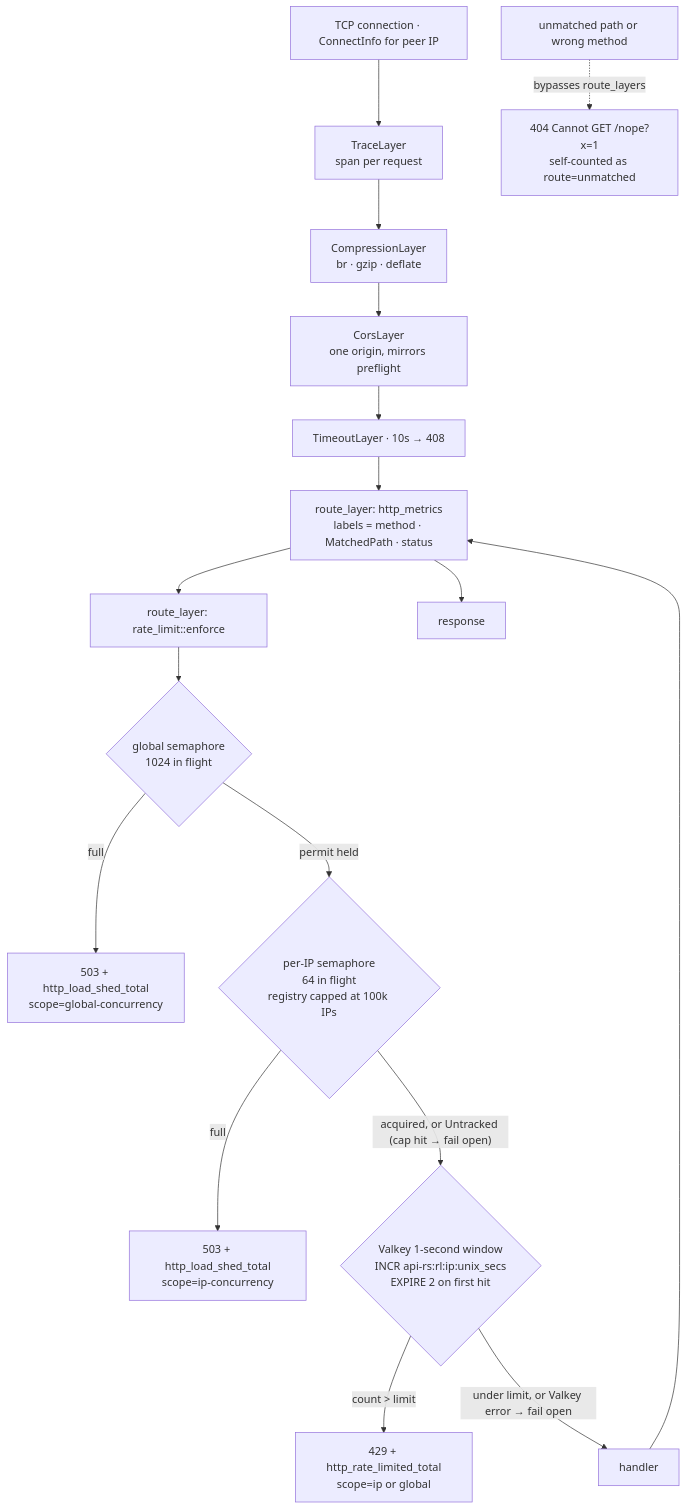
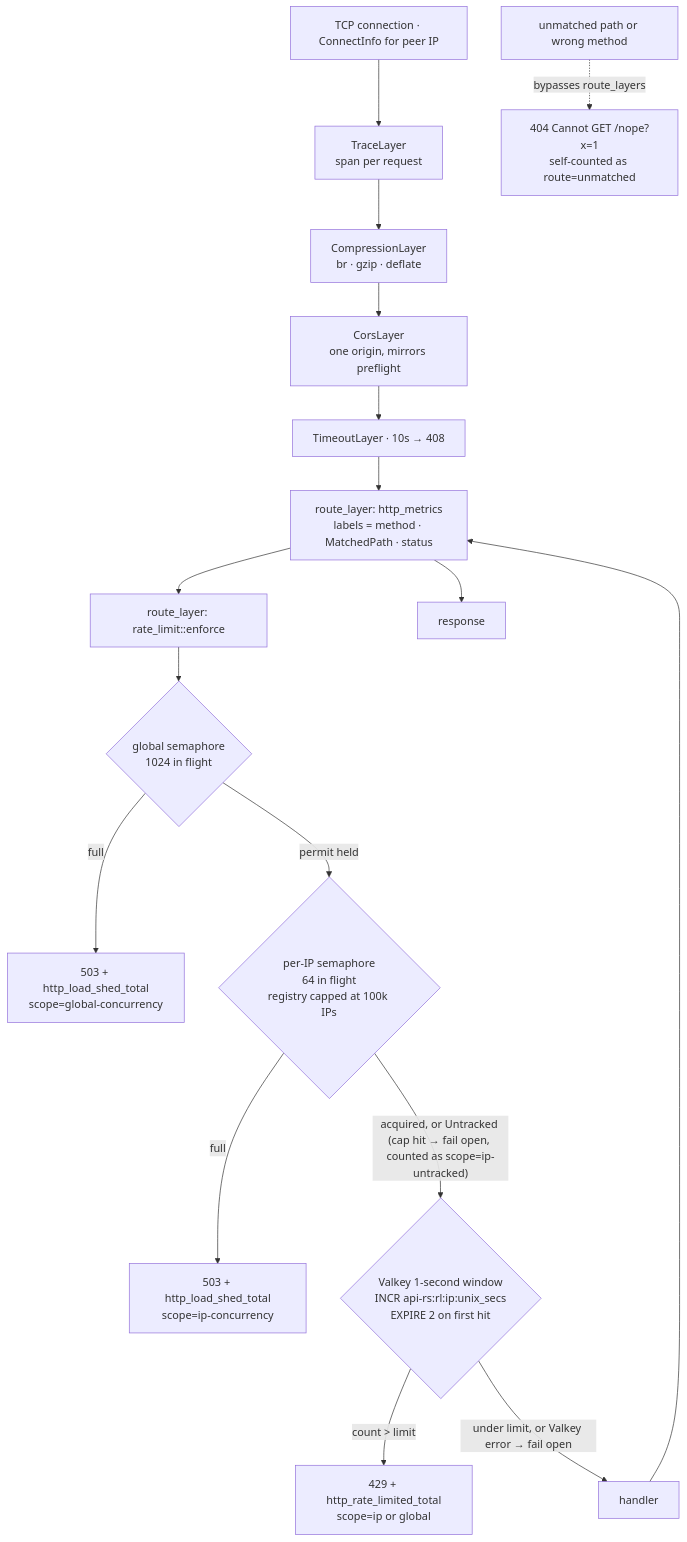
One commit to yamid-granda/react-native-and-web changed the fourth of 6 diagrams in api-rs/ARCHITECTURE.md. Above: the diagram before and after it, drawn with Mermaid. The commit also changed other lines of this file and 4 other files, not shown here.

Commit message:
refactor(api-rs): make every rate-limiter degradation state named and counted

````diff
--- a/api-rs/ARCHITECTURE.md
+++ b/api-rs/ARCHITECTURE.md
@@ -258,19 +258,19 @@
 ```mermaid
 flowchart TD
     conn["TCP connection · ConnectInfo for peer IP"] --> tr["TraceLayer<br/>span per request"]
     tr --> comp["CompressionLayer<br/>br · gzip · deflate"]
     comp --> cors["CorsLayer<br/>one origin, mirrors preflight"]
     cors --> tmo["TimeoutLayer · 10s → 408"]
     tmo --> met["route_layer: http_metrics<br/>labels = method · MatchedPath · status"]
     met --> rl["route_layer: rate_limit::enforce"]
     rl --> g1{"global semaphore<br/>1024 in flight"}
     g1 -->|"full"| shed["503 + http_load_shed_total<br/>scope=global-concurrency"]
     g1 -->|"permit held"| ip{"per-IP semaphore<br/>64 in flight<br/>registry capped at 100k IPs"}
     ip -->|"full"| shed2["503 + http_load_shed_total<br/>scope=ip-concurrency"]
-    ip -->|"acquired, or Untracked (cap hit → fail open)"| win{"Valkey 1-second window<br/>INCR api-rs:rl:ip:unix_secs<br/>EXPIRE 2 on first hit"}
+    ip -->|"acquired, or Untracked (cap hit → fail open, counted as scope=ip-untracked)"| win{"Valkey 1-second window<br/>INCR api-rs:rl:ip:unix_secs<br/>EXPIRE 2 on first hit"}
     win -->|"count > limit"| lim["429 + http_rate_limited_total<br/>scope=ip or global"]
     win -->|"under limit, or Valkey error → fail open"| h["handler"]
     h --> met
     met --> resp["response"]
     fb["unmatched path or wrong method"] -.->|"bypasses route_layers"| fb404["404 Cannot GET /nope?x=1<br/>self-counted as route=unmatched"]
 ```
````
